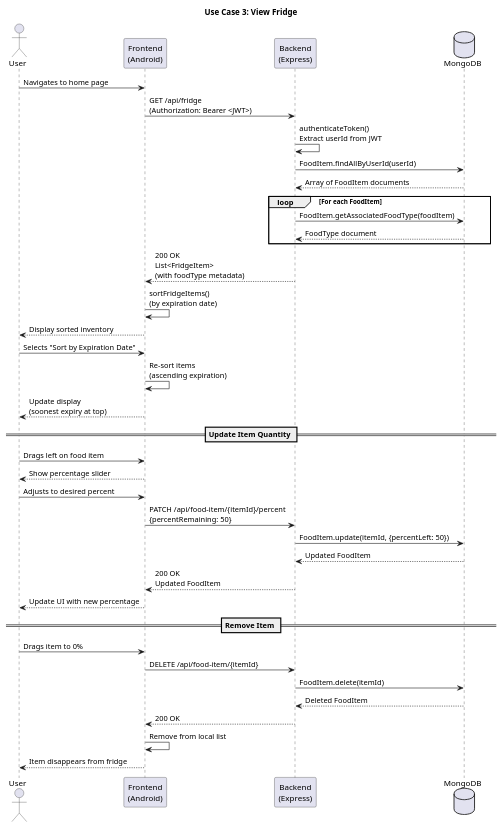
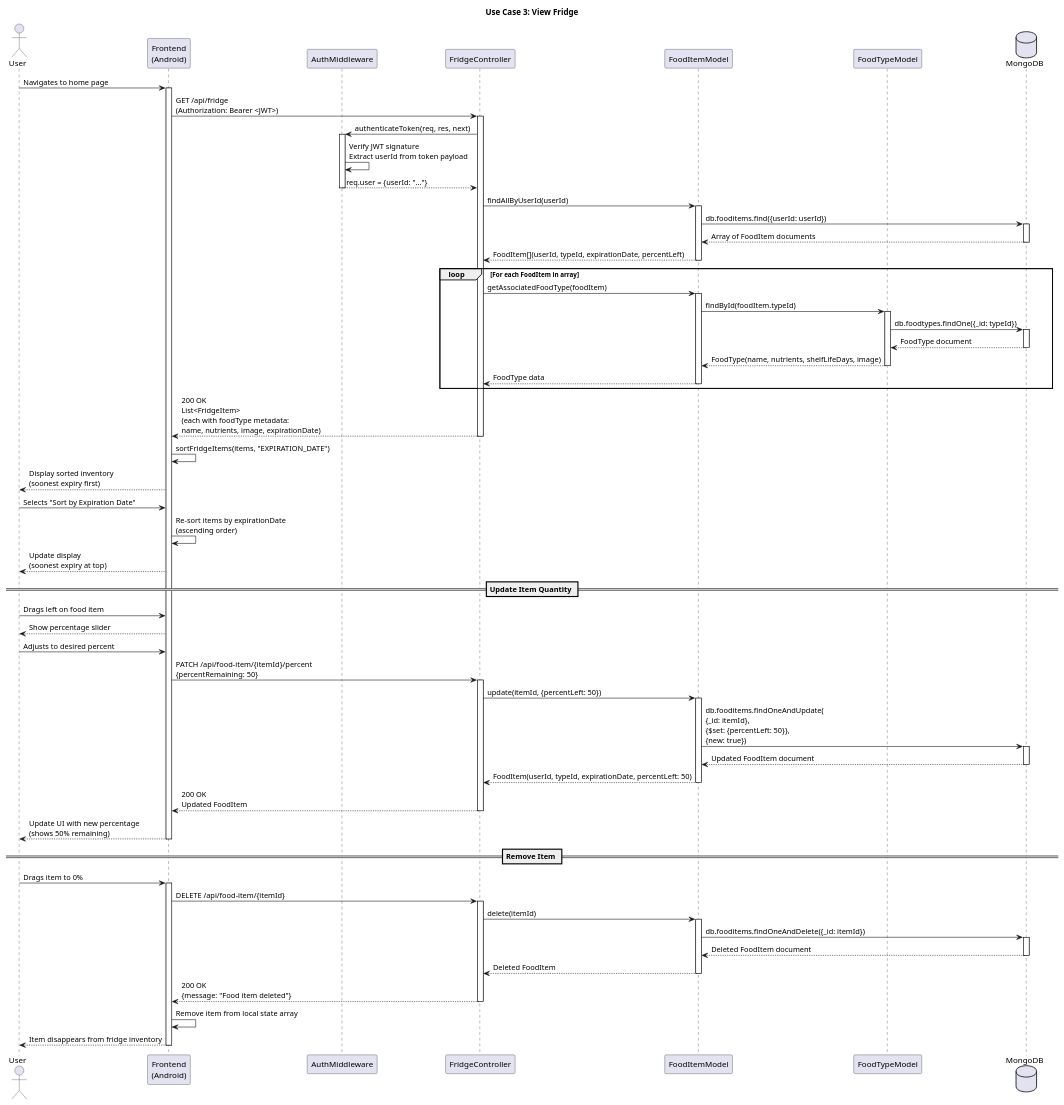
Before and after one commit to virtualfridge/virtualfridge: the diagram in documentation/diagrams/viewFridgeDiagram.plantuml, drawn with PlantUML. The commit also changed 5 other files, not shown here.

```diff
--- a/documentation/diagrams/viewFridgeDiagram.plantuml
+++ b/documentation/diagrams/viewFridgeDiagram.plantuml
@@ -1,54 +1,99 @@
 @startuml
 title Use Case 3: View Fridge
 
 actor User
 participant "Frontend\n(Android)" as Frontend
-participant "Backend\n(Express)" as Backend
+participant "AuthMiddleware" as Auth
+participant "FridgeController" as Controller
+participant "FoodItemModel" as FoodItemModel
+participant "FoodTypeModel" as FoodTypeModel
 database "MongoDB" as DB
 
 User -> Frontend: Navigates to home page
-Frontend -> Backend: GET /api/fridge\n(Authorization: Bearer <JWT>)
+activate Frontend
+Frontend -> Controller: GET /api/fridge\n(Authorization: Bearer <JWT>)
+activate Controller
 
-Backend -> Backend: authenticateToken()\nExtract userId from JWT
+Controller -> Auth: authenticateToken(req, res, next)
+activate Auth
+Auth -> Auth: Verify JWT signature\nExtract userId from token payload
+Auth --> Controller: req.user = {userId: "..."}
+deactivate Auth
 
-Backend -> DB: FoodItem.findAllByUserId(userId)
-DB --> Backend: Array of FoodItem documents
+Controller -> FoodItemModel: findAllByUserId(userId)
+activate FoodItemModel
+FoodItemModel -> DB: db.fooditems.find({userId: userId})
+activate DB
+DB --> FoodItemModel: Array of FoodItem documents
+deactivate DB
+FoodItemModel --> Controller: FoodItem[](userId, typeId, expirationDate, percentLeft)
+deactivate FoodItemModel
 
-loop For each FoodItem
-    Backend -> DB: FoodItem.getAssociatedFoodType(foodItem)
-    DB --> Backend: FoodType document
+loop For each FoodItem in array
+    Controller -> FoodItemModel: getAssociatedFoodType(foodItem)
+    activate FoodItemModel
+    FoodItemModel -> FoodTypeModel: findById(foodItem.typeId)
+    activate FoodTypeModel
+    FoodTypeModel -> DB: db.foodtypes.findOne({_id: typeId})
+    activate DB
+    DB --> FoodTypeModel: FoodType document
+    deactivate DB
+    FoodTypeModel --> FoodItemModel: FoodType(name, nutrients, shelfLifeDays, image)
+    deactivate FoodTypeModel
+    FoodItemModel --> Controller: FoodType data
+    deactivate FoodItemModel
 end
 
-Backend --> Frontend: 200 OK\nList<FridgeItem>\n(with foodType metadata)
+Controller --> Frontend: 200 OK\nList<FridgeItem>\n(each with foodType metadata:\nname, nutrients, image, expirationDate)
+deactivate Controller
 
-Frontend -> Frontend: sortFridgeItems()\n(by expiration date)
-Frontend --> User: Display sorted inventory
+Frontend -> Frontend: sortFridgeItems(items, "EXPIRATION_DATE")
+Frontend --> User: Display sorted inventory\n(soonest expiry first)
 
 User -> Frontend: Selects "Sort by Expiration Date"
-Frontend -> Frontend: Re-sort items\n(ascending expiration)
+Frontend -> Frontend: Re-sort items by expirationDate\n(ascending order)
 Frontend --> User: Update display\n(soonest expiry at top)
 
 == Update Item Quantity ==
 User -> Frontend: Drags left on food item
 Frontend --> User: Show percentage slider
 User -> Frontend: Adjusts to desired percent
-Frontend -> Backend: PATCH /api/food-item/{itemId}/percent\n{percentRemaining: 50}
+Frontend -> Controller: PATCH /api/food-item/{itemId}/percent\n{percentRemaining: 50}
+activate Controller
 
-Backend -> DB: FoodItem.update(itemId, {percentLeft: 50})
-DB --> Backend: Updated FoodItem
+Controller -> FoodItemModel: update(itemId, {percentLeft: 50})
+activate FoodItemModel
+FoodItemModel -> DB: db.fooditems.findOneAndUpdate(\n{_id: itemId},\n{$set: {percentLeft: 50}},\n{new: true})
+activate DB
+DB --> FoodItemModel: Updated FoodItem document
+deactivate DB
+FoodItemModel --> Controller: FoodItem(userId, typeId, expirationDate, percentLeft: 50)
+deactivate FoodItemModel
 
-Backend --> Frontend: 200 OK\nUpdated FoodItem
-Frontend --> User: Update UI with new percentage
+Controller --> Frontend: 200 OK\nUpdated FoodItem
+deactivate Controller
+Frontend --> User: Update UI with new percentage\n(shows 50% remaining)
+deactivate Frontend
 
 == Remove Item ==
 User -> Frontend: Drags item to 0%
-Frontend -> Backend: DELETE /api/food-item/{itemId}
+activate Frontend
+Frontend -> Controller: DELETE /api/food-item/{itemId}
+activate Controller
 
-Backend -> DB: FoodItem.delete(itemId)
-DB --> Backend: Deleted FoodItem
+Controller -> FoodItemModel: delete(itemId)
+activate FoodItemModel
+FoodItemModel -> DB: db.fooditems.findOneAndDelete({_id: itemId})
+activate DB
+DB --> FoodItemModel: Deleted FoodItem document
+deactivate DB
+FoodItemModel --> Controller: Deleted FoodItem
+deactivate FoodItemModel
 
-Backend --> Frontend: 200 OK
-Frontend -> Frontend: Remove from local list
-Frontend --> User: Item disappears from fridge
+Controller --> Frontend: 200 OK\n{message: "Food item deleted"}
+deactivate Controller
+Frontend -> Frontend: Remove item from local state array
+Frontend --> User: Item disappears from fridge inventory
+deactivate Frontend
 
 @enduml
```
